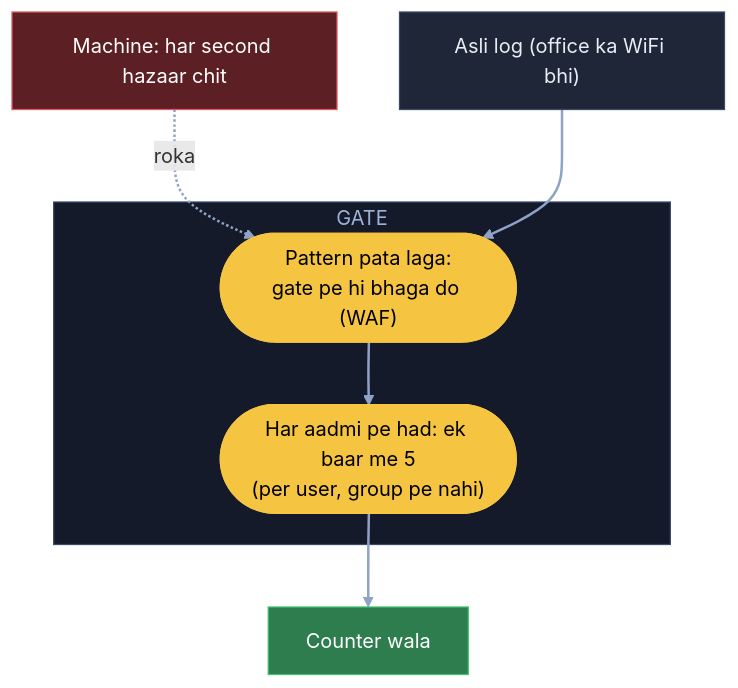
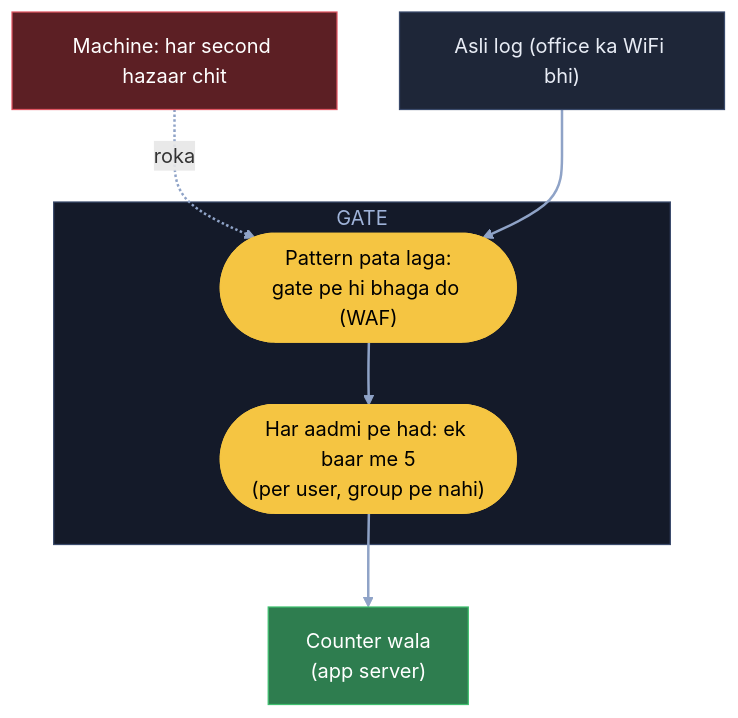
Before and after one commit to ArpanMaheshwari144/Prep: diagram 13 of 14 in 04_HLD/SYSTEM_DESIGNS/01_url_shortener/01_url_shortener.md, drawn with Mermaid. The commit also changed other lines of this file and 22 other files, not shown here.

Commit message:
Diagram: sirf kahani ke dohraaye shabd pe bracket, us jagah notes wala matlab (207 label)

````diff
--- a/04_HLD/SYSTEM_DESIGNS/01_url_shortener/01_url_shortener.md
+++ b/04_HLD/SYSTEM_DESIGNS/01_url_shortener/01_url_shortener.md
@@ -520,20 +520,20 @@
 ```mermaid
 flowchart TB
     S["Machine: har second hazaar chit"]:::bad
     L["Asli log (office ka WiFi bhi)"]:::card
     subgraph GT["GATE"]
         W(["Pattern pata laga:<br/>gate pe hi bhaga do (WAF)"]):::pill
         H(["Har aadmi pe had: ek baar me 5<br/>(per user, group pe nahi)"]):::pill
     end
-    C["Counter wala"]:::good
+    C["Counter wala<br/>(app server)"]:::good
     S -. "roka" .-> W
     L --> W
     W --> H
     H --> C
     linkStyle default stroke:#8fa3c7,stroke-width:2px
     classDef card fill:#1e2638,stroke:#3a4a6b,color:#e8ecf5
     classDef pill fill:#f5c542,stroke:#f5c542,color:#000
     classDef good fill:#2e7d4f,stroke:#3fbf6f,color:#fff
     classDef bad fill:#5c1f24,stroke:#e05561,color:#fff
     style GT fill:#141a29,stroke:#3a4a6b,color:#9fb3d9
 ```
````
